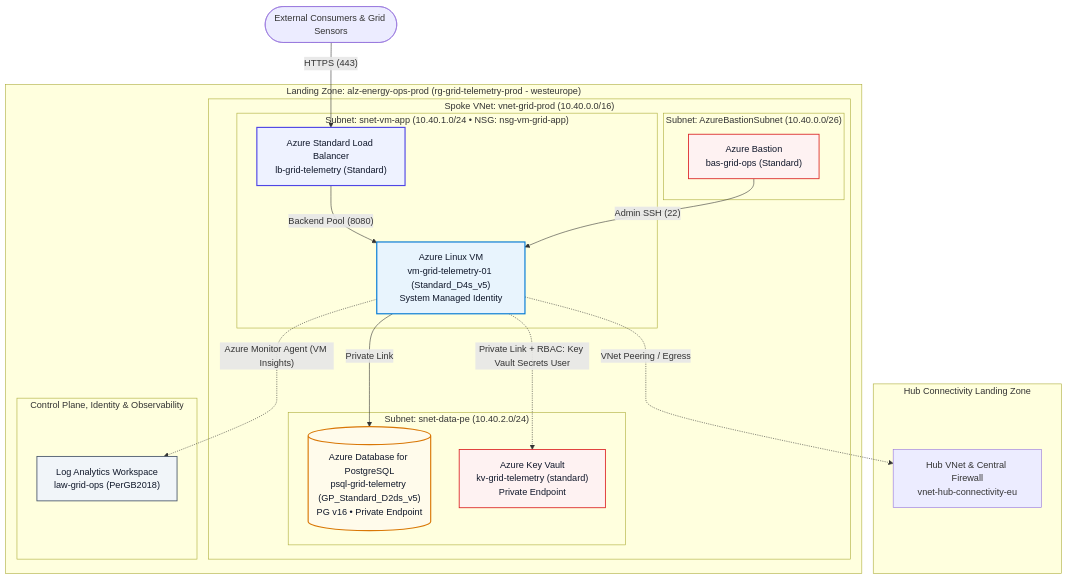
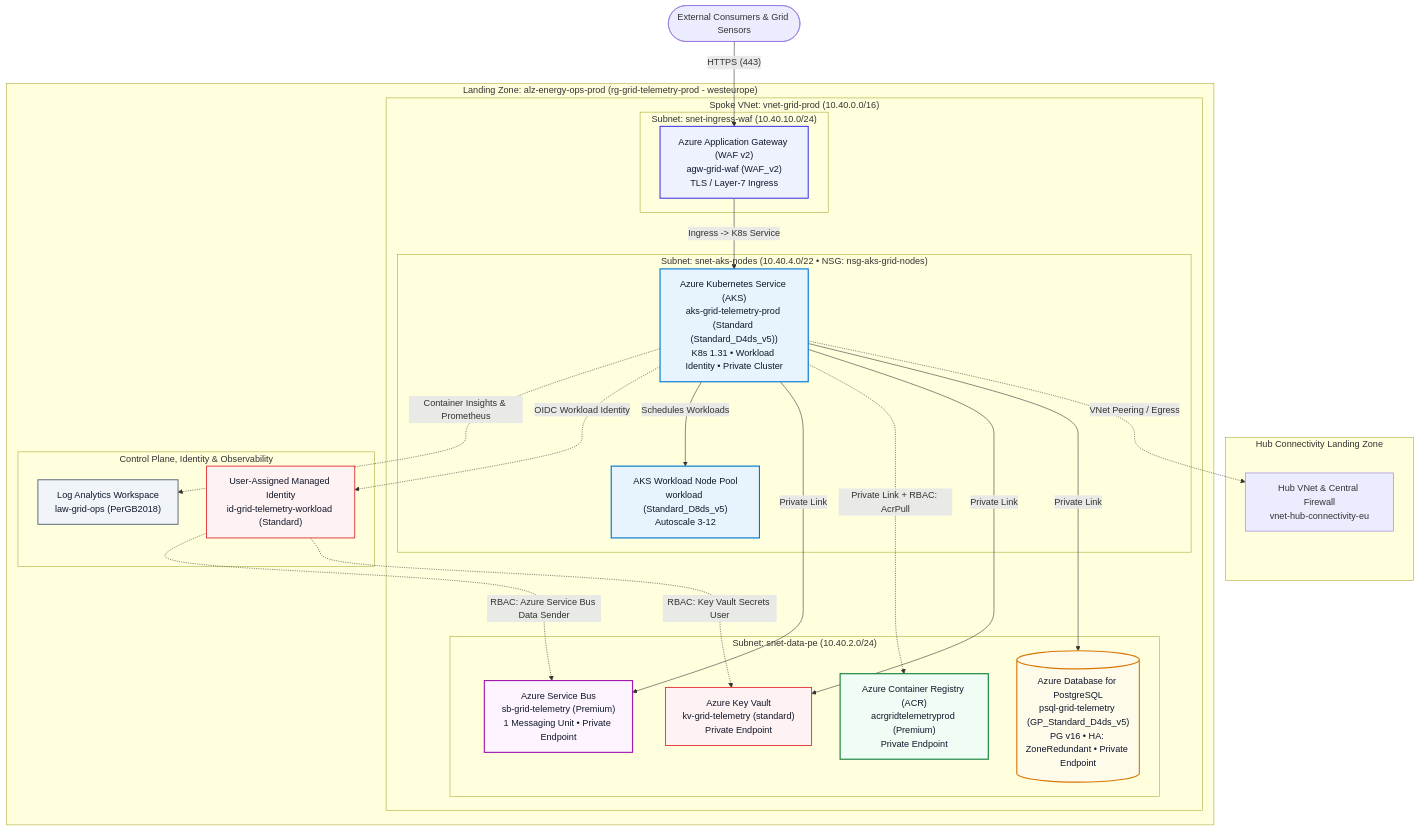
Before and after one commit to gitpavleenbali/dac-workload-modernization: the diagram in README.md, drawn with Mermaid. The commit also changed other lines of this file and 11 other files, not shown here.

First line of the commit message:
feat: modernize Grid Telemetry from Azure VMs to Private AKS, ACR, App Gateway WAF & Service Bus

````diff
--- a/README.md
+++ b/README.md
@@ -20,45 +20,56 @@
 ```mermaid
 flowchart TB
   ext_clients(["External Consumers & Grid Sensors"])
   subgraph sg_hub["Hub Connectivity Landing Zone"]
     hub_vnet["Hub VNet & Central Firewall<br/>vnet-hub-connectivity-eu"]
   end
   subgraph sg_rg["Landing Zone: alz-energy-ops-prod (rg-grid-telemetry-prod - westeurope)"]
     subgraph sg_vnet["Spoke VNet: vnet-grid-prod (10.40.0.0/16)"]
-      subgraph sg_snet_vm_app["Subnet: snet-vm-app (10.40.1.0/24 • NSG: nsg-vm-grid-app)"]
-        load_balancer_ingress_lb["Azure Standard Load Balancer<br/>lb-grid-telemetry (Standard)"]
-        vm_app_vm["Azure Linux VM<br/>vm-grid-telemetry-01 (Standard_D4s_v5)<br/>System Managed Identity"]
+      subgraph sg_snet_aks_nodes["Subnet: snet-aks-nodes (10.40.4.0/22 • NSG: nsg-aks-grid-nodes)"]
+        aks_aks["Azure Kubernetes Service (AKS)<br/>aks-grid-telemetry-prod (Standard (Standard_D4ds_v5))<br/>K8s 1.31 • Workload Identity • Private Cluster"]
+        aks_node_pool_workload["AKS Workload Node Pool<br/>workload (Standard_D8ds_v5)<br/>Autoscale 3-12"]
       end
-      subgraph sg_AzureBastionSubnet["Subnet: AzureBastionSubnet (10.40.0.0/26)"]
-        bastion_ops_bastion["Azure Bastion<br/>bas-grid-ops (Standard)"]
+      subgraph sg_snet_ingress_waf["Subnet: snet-ingress-waf (10.40.10.0/24)"]
+        app_gateway_waf_ingress["Azure Application Gateway (WAF v2)<br/>agw-grid-waf (WAF_v2)<br/>TLS / Layer-7 Ingress"]
       end
       subgraph sg_snet_data_pe["Subnet: snet-data-pe (10.40.2.0/24)"]
-        postgresql_db[("Azure Database for PostgreSQL<br/>psql-grid-telemetry (GP_Standard_D2ds_v5)<br/>PG v16 • Private Endpoint")]
+        acr_acr["Azure Container Registry (ACR)<br/>acrgridtelemetryprod (Premium)<br/>Private Endpoint"]
+        service_bus_sb["Azure Service Bus<br/>sb-grid-telemetry (Premium)<br/>1 Messaging Unit • Private Endpoint"]
+        postgresql_db[("Azure Database for PostgreSQL<br/>psql-grid-telemetry (GP_Standard_D4ds_v5)<br/>PG v16 • HA: ZoneRedundant • Private Endpoint")]
         key_vault_kv["Azure Key Vault<br/>kv-grid-telemetry (standard)<br/>Private Endpoint"]
       end
     end
     subgraph sg_platform["Control Plane, Identity & Observability"]
+      managed_identity_workload_mi["User-Assigned Managed Identity<br/>id-grid-telemetry-workload (Standard)"]
       log_analytics_law["Log Analytics Workspace<br/>law-grid-ops (PerGB2018)"]
     end
   end
-  vm_app_vm -.->|"VNet Peering / Egress"| hub_vnet
-  vm_app_vm -->|"Private Link"| postgresql_db
-  vm_app_vm -.->|"Private Link + RBAC: Key Vault Secrets User"| key_vault_kv
-  ext_clients -->|"HTTPS (443)"| load_balancer_ingress_lb
-  load_balancer_ingress_lb -->|"Backend Pool (8080)"| vm_app_vm
-  bastion_ops_bastion -->|"Admin SSH (22)"| vm_app_vm
-  vm_app_vm -.->|"Azure Monitor Agent (VM Insights)"| log_analytics_law
+  aks_aks -.->|"VNet Peering / Egress"| hub_vnet
+  aks_aks -->|"Private Link"| postgresql_db
+  aks_aks -->|"Private Link"| key_vault_kv
+  aks_aks -.->|"Private Link + RBAC: AcrPull"| acr_acr
+  aks_aks -->|"Private Link"| service_bus_sb
+  managed_identity_workload_mi -.->|"RBAC: Key Vault Secrets User"| key_vault_kv
+  managed_identity_workload_mi -.->|"RBAC: Azure Service Bus Data Sender"| service_bus_sb
+  aks_aks -->|"Schedules Workloads"| aks_node_pool_workload
+  ext_clients -->|"HTTPS (443)"| app_gateway_waf_ingress
+  app_gateway_waf_ingress -->|"Ingress -> K8s Service"| aks_aks
+  aks_aks -.->|"OIDC Workload Identity"| managed_identity_workload_mi
+  aks_aks -.->|"Container Insights & Prometheus"| log_analytics_law
   classDef compute fill:#e8f4fd,stroke:#0078d4,stroke-width:2px,color:#0f172a;
   classDef ingress fill:#eef2ff,stroke:#4f46e5,stroke-width:2px,color:#0f172a;
   classDef containers fill:#f0fdf4,stroke:#15803d,stroke-width:2px,color:#0f172a;
   classDef data fill:#fffbeb,stroke:#d97706,stroke-width:2px,color:#0f172a;
   classDef messaging fill:#fdf4ff,stroke:#a21caf,stroke-width:2px,color:#0f172a;
   classDef security fill:#fef2f2,stroke:#dc2626,stroke-width:1.5px,color:#0f172a;
   classDef observability fill:#f1f5f9,stroke:#475569,stroke-width:1.5px,color:#0f172a;
-  class bastion_ops_bastion security;
-  class load_balancer_ingress_lb ingress;
-  class vm_app_vm compute;
+  class app_gateway_waf_ingress ingress;
+  class acr_acr containers;
+  class managed_identity_workload_mi security;
+  class aks_aks compute;
+  class aks_node_pool_workload compute;
+  class service_bus_sb messaging;
   class postgresql_db data;
   class key_vault_kv security;
   class log_analytics_law observability;
 ```
````
